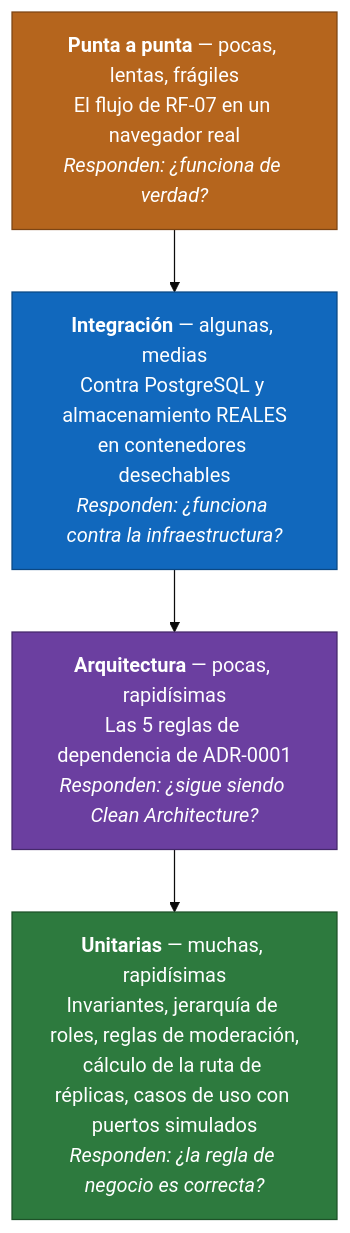
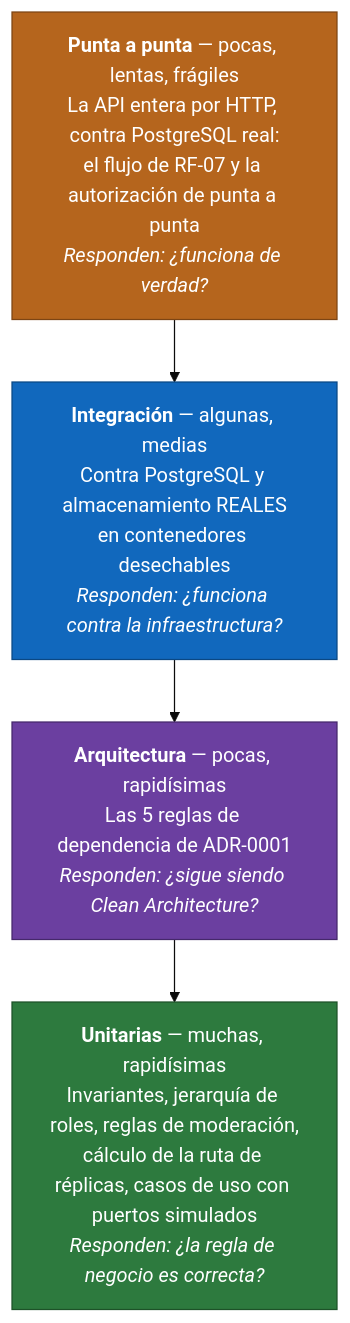
The diagram in docs/piramide-de-pruebas.md (jhonnyebc/UcoKudos), drawn with Mermaid (base theme) before and after one commit. The commit also changed other lines of this file and 12 other files, not shown here.

````diff
--- a/docs/piramide-de-pruebas.md
+++ b/docs/piramide-de-pruebas.md
@@ -7,18 +7,18 @@
 ```mermaid
 flowchart TB
-    e2e["<b>Punta a punta</b> — pocas, lentas, frágiles<br/>El flujo de RF-07 en un navegador real<br/><i>Responden: ¿funciona de verdad?</i>"]
+    e2e["<b>Punta a punta</b> — pocas, lentas, frágiles<br/>La API entera por HTTP, contra PostgreSQL real:<br/>el flujo de RF-07 y la autorización de punta a punta<br/><i>Responden: ¿funciona de verdad?</i>"]
     int["<b>Integración</b> — algunas, medias<br/>Contra PostgreSQL y almacenamiento REALES<br/>en contenedores desechables<br/><i>Responden: ¿funciona contra la infraestructura?</i>"]
     arq["<b>Arquitectura</b> — pocas, rapidísimas<br/>Las 5 reglas de dependencia de ADR-0001<br/><i>Responden: ¿sigue siendo Clean Architecture?</i>"]
     uni["<b>Unitarias</b> — muchas, rapidísimas<br/>Invariantes, jerarquía de roles, reglas de moderación,<br/>cálculo de la ruta de réplicas, casos de uso con puertos simulados<br/><i>Responden: ¿la regla de negocio es correcta?</i>"]
 
     e2e --> int --> arq --> uni
 
     classDef cima fill:#b5651d,stroke:#7d4514,color:#ffffff
     classDef media fill:#1168bd,stroke:#0b4884,color:#ffffff
     classDef arqc fill:#6b3fa0,stroke:#45286b,color:#ffffff
     classDef base fill:#2d7a3e,stroke:#1d5228,color:#ffffff
     class e2e cima
     class int media
     class arq arqc
     class uni base
 ```
````
